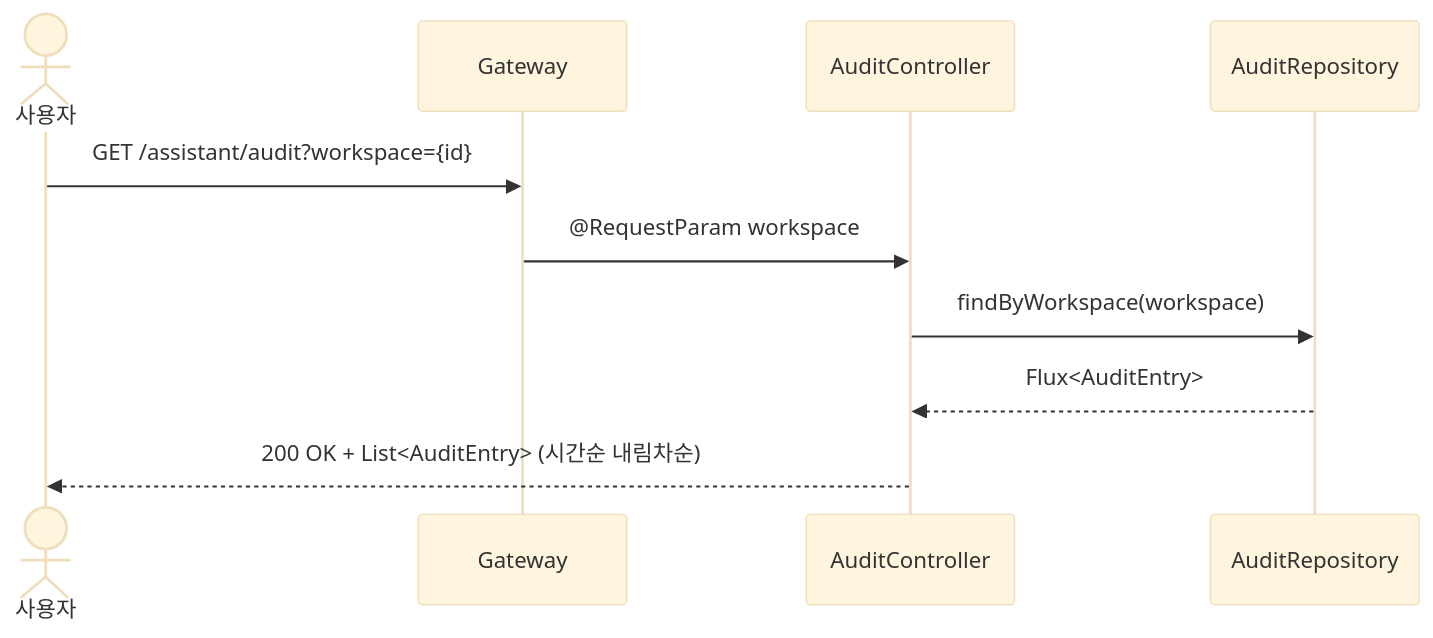
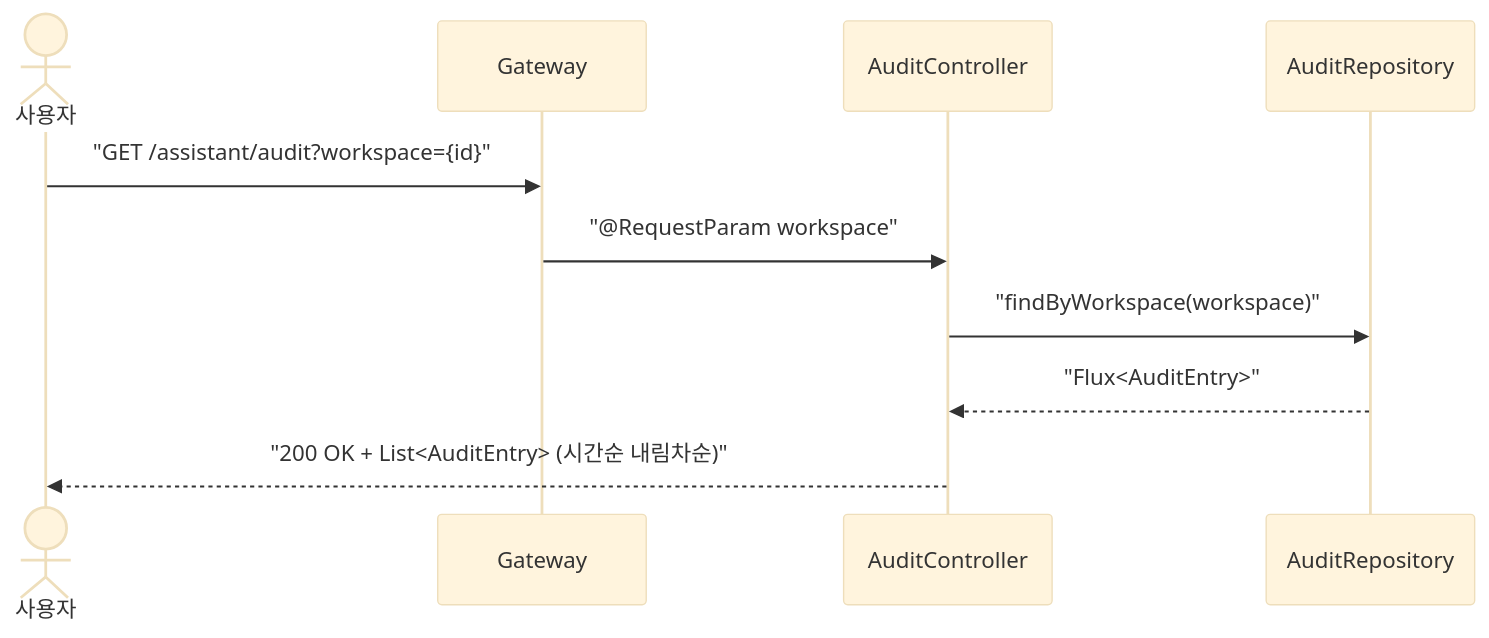
Before and after one commit to sayaya1090/handbook: the sixth of 13 diagrams in assistant/USECASE.md, drawn with Mermaid (base theme). The commit also changed other lines of this file and 22 other files, not shown here.

First line of the commit message:
docs: Mermaid 다이어그램 렌더링 오류 수정을 위한 구문 전수 교정

````diff
--- a/assistant/USECASE.md
+++ b/assistant/USECASE.md
@@ -209,13 +209,13 @@
 ```mermaid
 sequenceDiagram
     actor User as 사용자
     participant GW as Gateway
     participant Ctrl as AuditController
     participant Repo as AuditRepository
 
-    User->>GW: GET /assistant/audit?workspace={id}
-    GW->>Ctrl: @RequestParam workspace
-    Ctrl->>Repo: findByWorkspace(workspace)
-    Repo-->>Ctrl: Flux<AuditEntry>
-    Ctrl-->>User: 200 OK + List<AuditEntry> (시간순 내림차순)
+    User->>GW: "GET /assistant/audit?workspace={id}"
+    GW->>Ctrl: "@RequestParam workspace"
+    Ctrl->>Repo: "findByWorkspace(workspace)"
+    Repo-->>Ctrl: "Flux<AuditEntry>"
+    Ctrl-->>User: "200 OK + List<AuditEntry> (시간순 내림차순)"
 ```
````
